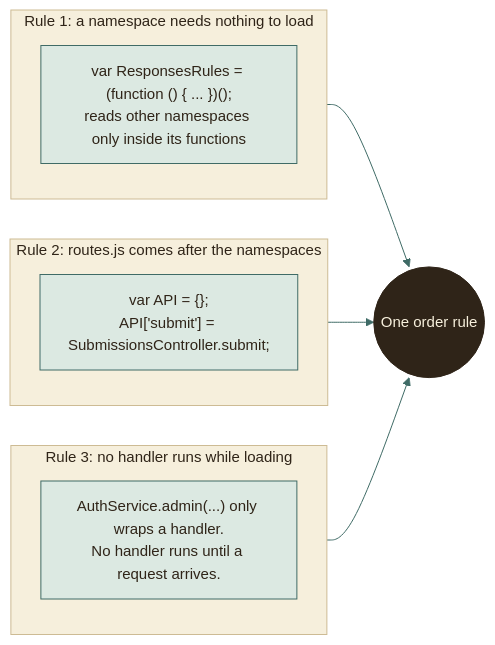
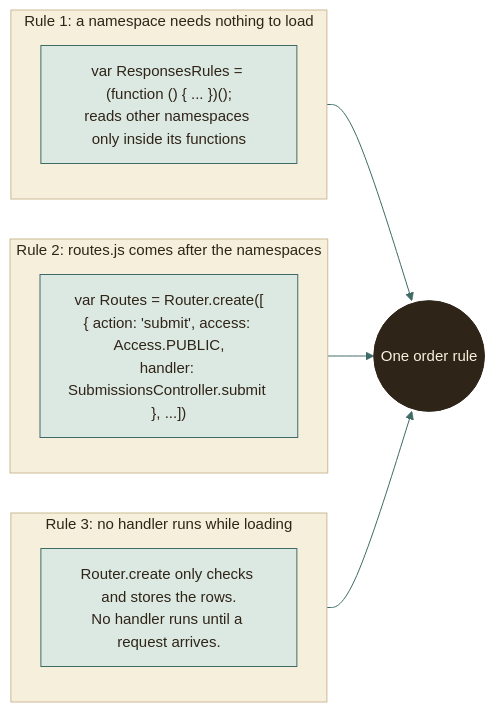
Before and after one commit to moyeh04/forms-platform: the second of 4 diagrams in docs/architecture/BUILD-PIPELINE.md, drawn with Mermaid. The commit also changed other lines of this file and 3 other files, not shown here.

First line of the commit message:
docs: Describe the router and the access of each route

````diff
--- a/docs/architecture/BUILD-PIPELINE.md
+++ b/docs/architecture/BUILD-PIPELINE.md
@@ -121,44 +121,44 @@
 ```mermaid
 %%{init: {
   'theme': 'base',
   'themeVariables': {
     'fontFamily': 'ui-sans-serif, system-ui, -apple-system, Segoe UI, Roboto, sans-serif',
     'fontSize': '15px',
     'primaryColor': '#DCE9E2', 'primaryBorderColor': '#3F6B66', 'primaryTextColor': '#2F2418',
     'secondaryColor': '#F0E4C8', 'secondaryBorderColor': '#C9A24A', 'secondaryTextColor': '#2F2418',
     'tertiaryColor': '#F6EFDC', 'tertiaryBorderColor': '#CDBB94', 'tertiaryTextColor': '#2F2418',
     'lineColor': '#3F6B66', 'textColor': '#2F2418', 'mainBkg': '#DCE9E2', 'nodeBorder': '#3F6B66',
     'clusterBkg': '#F6EFDC', 'clusterBorder': '#CDBB94', 'titleColor': '#2F2418',
     'edgeLabelBackground': '#F8F1DD',
     'actorBkg': '#DCE9E2', 'actorBorder': '#3F6B66', 'actorTextColor': '#2F2418', 'actorLineColor': '#8FB3AB',
     'signalColor': '#477A73', 'signalTextColor': '#477A73',
     'labelBoxBkgColor': '#F0E4C8', 'labelBoxBorderColor': '#C9A24A', 'labelTextColor': '#2F2418', 'loopTextColor': '#6A5A44',
     'noteBkgColor': '#FBEFC9', 'noteBorderColor': '#C9A24A', 'noteTextColor': '#2F2418',
     'activationBkgColor': '#DCE9E2', 'activationBorderColor': '#3F6B66', 'sequenceNumberColor': '#F8F1DD',
     'transitionColor': '#3F6B66', 'stateLabelColor': '#2F2418', 'stateBkg': '#DCE9E2', 'altBackground': '#F6EFDC',
     'attributeBackgroundColorOdd': '#F8F1DD', 'attributeBackgroundColorEven': '#F0E4C8'
   },
   'flowchart': {'curve': 'basis', 'padding': 14, 'nodeSpacing': 40, 'rankSpacing': 46},
   'sequence': {'mirrorActors': false, 'messageMargin': 34, 'boxMargin': 8}
 }}%%
 flowchart LR
     subgraph rule1["Rule 1: a namespace needs nothing to load"]
         fn["var ResponsesRules = (function () { ... })();<br/>reads other namespaces only inside its functions"]
     end
     subgraph rule2["Rule 2: routes.js comes after the namespaces"]
-        reg["var API = {};<br/>API['submit'] = SubmissionsController.submit;"]
+        reg["var Routes = Router.create([<br/>{ action: 'submit', access: Access.PUBLIC,<br/>handler: SubmissionsController.submit }, ...])"]
     end
     subgraph rule3["Rule 3: no handler runs while loading"]
-        none["AuthService.admin(...) only wraps a handler.<br/>No handler runs until a request arrives."]
+        none["Router.create only checks and stores the rows.<br/>No handler runs until a request arrives."]
     end
     rule1 --> ok(("One order rule"))
     rule2 --> ok
     rule3 --> ok
     classDef cDb fill:#F3E2B3,stroke:#B8892D,stroke-width:1.5px,color:#2F2418
     classDef cActor fill:#F4D9D3,stroke:#9A3328,stroke-width:1.5px,color:#2F2418
     classDef cDec fill:#FBEFC9,stroke:#C9A24A,stroke-width:1.5px,color:#2F2418
     classDef cEnd fill:#2F2418,stroke:#2F2418,color:#F8F1DD
     classDef cErr fill:#F6D5CF,stroke:#A12B1F,stroke-width:1.5px,color:#5A140C
     classDef cOk fill:#BFD9CF,stroke:#2E5A55,stroke-width:1.5px,color:#17302D
     class ok cEnd
 ```
````
